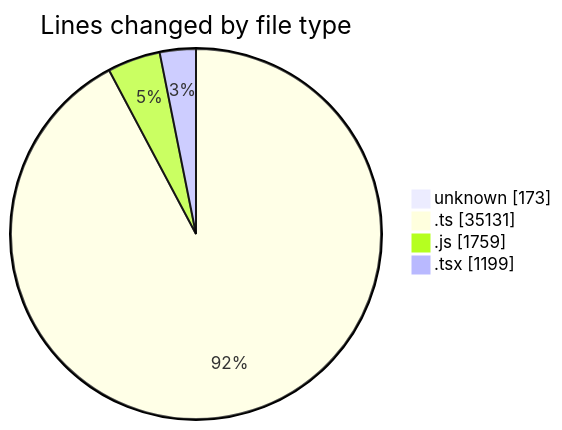
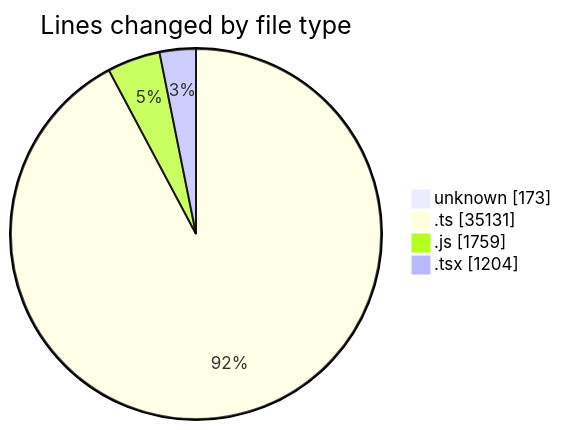
The first of 2 diagrams in 2026-08-24/cda/README.md (momahboobian/code-tracking), drawn with Mermaid before and after one commit. The commit also changed other lines of this file and 1 other file, not shown here.

````diff
--- a/2026-08-24/cda/README.md
+++ b/2026-08-24/cda/README.md
@@ -42,8 +42,8 @@
 ```mermaid
 pie showData
 title Lines changed by file type
 "unknown" : 173
 ".ts" : 35131
 ".js" : 1759
-".tsx" : 1199
+".tsx" : 1204
 ```
````
